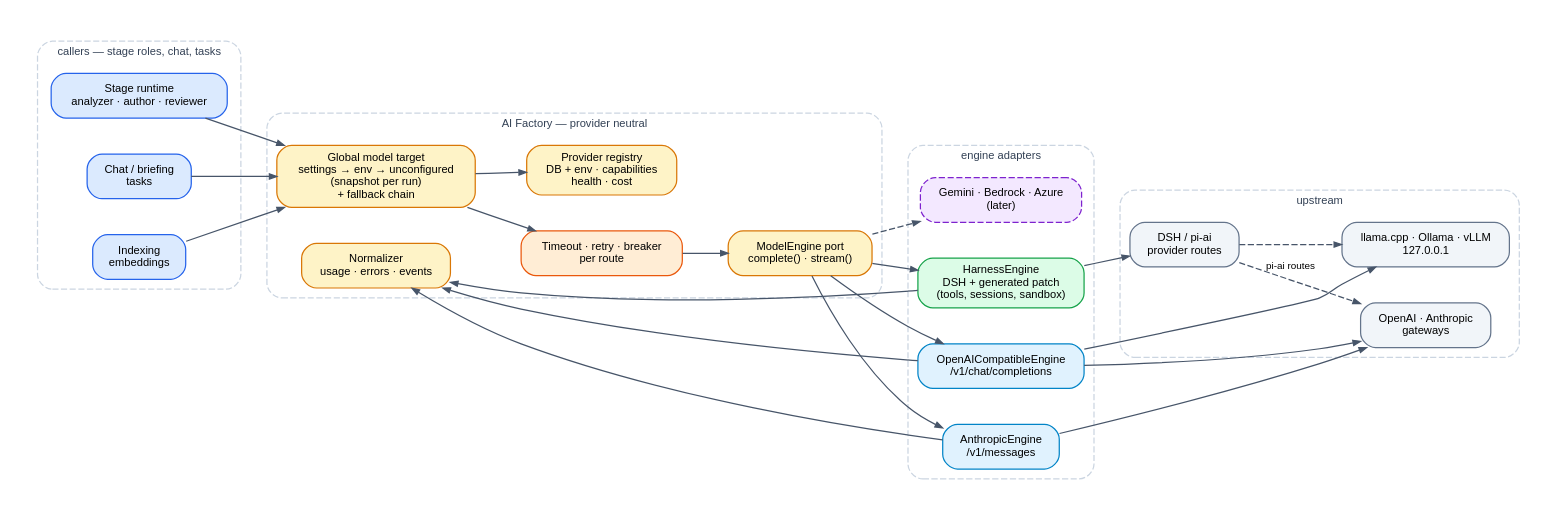
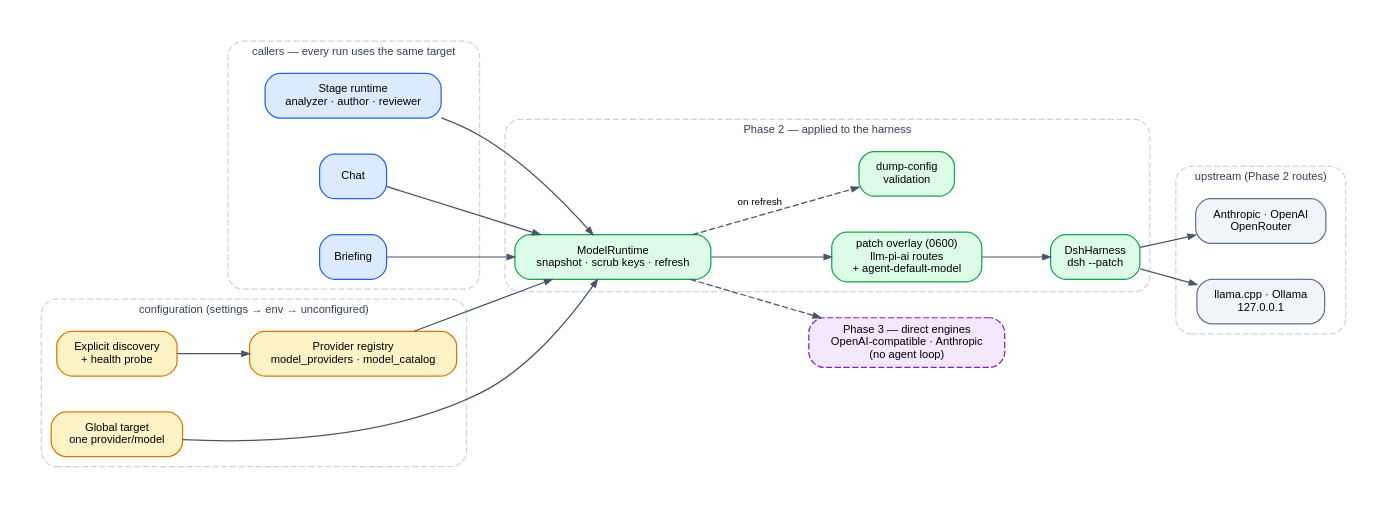
One commit to keensap/AIFactory changed the diagram in docs/design/diagrams/model-providers.dot. Above: the diagram before and after it, drawn with Graphviz. The commit also changed 16 other files, not shown here.

First line of the commit message:
models: Phase 2 — apply the global target to every harness run

```diff
--- a/docs/design/diagrams/model-providers.dot
+++ b/docs/design/diagrams/model-providers.dot
@@ -1,44 +1,42 @@
 digraph providers {
   graph [rankdir=LR, bgcolor="white", fontname="Helvetica", fontsize=10, pad=0.25, nodesep=0.4, ranksep=0.5, compound=true];
   node  [shape=box, style="rounded,filled", fontname="Helvetica", fontsize=9, color="#94a3b8", fillcolor="#f8fafc", margin="0.12,0.07"];
   edge  [fontname="Helvetica", fontsize=8, color="#475569", arrowsize=0.6];
 
   subgraph cluster_callers {
-    label="callers — stage roles, chat, tasks"; fontsize=9; fontcolor="#334155"; color="#cbd5e1"; style="rounded,dashed";
+    label="callers — every run uses the same target"; fontsize=9; fontcolor="#334155"; color="#cbd5e1"; style="rounded,dashed";
     stage [label="Stage runtime\nanalyzer · author · reviewer", fillcolor="#dbeafe", color="#2563eb"];
-    chat [label="Chat / briefing\ntasks", fillcolor="#dbeafe", color="#2563eb"];
-    embed [label="Indexing\nembeddings", fillcolor="#dbeafe", color="#2563eb"];
+    chat [label="Chat", fillcolor="#dbeafe", color="#2563eb"];
+    brief [label="Briefing", fillcolor="#dbeafe", color="#2563eb"];
   }
 
-  subgraph cluster_core {
-    label="AI Factory — provider neutral"; fontsize=9; fontcolor="#334155"; color="#cbd5e1"; style="rounded,dashed";
-    target [label="Global model target\nsettings → env → unconfigured\n(snapshot per run)\n+ fallback chain", fillcolor="#fef3c7", color="#d97706"];
-    registry [label="Provider registry\nDB + env · capabilities\nhealth · cost", fillcolor="#fef3c7", color="#d97706"];
-    port [label="ModelEngine port\ncomplete() · stream()", fillcolor="#fef3c7", color="#d97706"];
-    norm [label="Normalizer\nusage · errors · events", fillcolor="#fef3c7", color="#d97706"];
-    breaker [label="Timeout · retry · breaker\nper route", fillcolor="#ffedd5", color="#ea580c"];
+  subgraph cluster_config {
+    label="configuration (settings → env → unconfigured)"; fontsize=9; fontcolor="#334155"; color="#cbd5e1"; style="rounded,dashed";
+    target [label="Global target\none provider/model", fillcolor="#fef3c7", color="#d97706"];
+    registry [label="Provider registry\nmodel_providers · model_catalog", fillcolor="#fef3c7", color="#d97706"];
+    discover [label="Explicit discovery\n+ health probe", fillcolor="#fef3c7", color="#d97706"];
   }
 
-  subgraph cluster_engines {
-    label="engine adapters"; fontsize=9; fontcolor="#334155"; color="#cbd5e1"; style="rounded,dashed";
-    harness [label="HarnessEngine\nDSH + generated patch\n(tools, sessions, sandbox)", fillcolor="#dcfce7", color="#16a34a"];
-    direct [label="OpenAICompatibleEngine\n/v1/chat/completions", fillcolor="#e0f2fe", color="#0284c7"];
-    anthropic [label="AnthropicEngine\n/v1/messages", fillcolor="#e0f2fe", color="#0284c7"];
-    future [label="Gemini · Bedrock · Azure\n(later)", fillcolor="#f3e8ff", color="#7e22ce", style="rounded,dashed,filled"];
+  subgraph cluster_runtime {
+    label="Phase 2 — applied to the harness"; fontsize=9; fontcolor="#334155"; color="#cbd5e1"; style="rounded,dashed";
+    runtime [label="ModelRuntime\nsnapshot · scrub keys · refresh", fillcolor="#dcfce7", color="#16a34a"];
+    patch [label="patch overlay (0600)\nllm-pi-ai routes\n+ agent-default-model", fillcolor="#dcfce7", color="#16a34a"];
+    harness [label="DshHarness\ndsh --patch", fillcolor="#dcfce7", color="#16a34a"];
+    validate [label="dump-config\nvalidation", fillcolor="#dcfce7", color="#16a34a"];
   }
 
   subgraph cluster_upstream {
-    label="upstream"; fontsize=9; fontcolor="#334155"; color="#cbd5e1"; style="rounded,dashed";
-    dsh [label="DSH / pi-ai\nprovider routes", fillcolor="#f1f5f9", color="#64748b"];
-    cloud [label="OpenAI · Anthropic\ngateways", fillcolor="#f1f5f9", color="#64748b"];
-    local [label="llama.cpp · Ollama · vLLM\n127.0.0.1", fillcolor="#f1f5f9", color="#64748b"];
+    label="upstream (Phase 2 routes)"; fontsize=9; fontcolor="#334155"; color="#cbd5e1"; style="rounded,dashed";
+    cloud [label="Anthropic · OpenAI\nOpenRouter", fillcolor="#f1f5f9", color="#64748b"];
+    local [label="llama.cpp · Ollama\n127.0.0.1", fillcolor="#f1f5f9", color="#64748b"];
   }
 
-  stage -> target; chat -> target; embed -> target;
-  target -> registry; target -> breaker -> port;
-  port -> harness; port -> direct; port -> anthropic; port -> future [style=dashed];
-  harness -> norm; direct -> norm; anthropic -> norm;
-  harness -> dsh; direct -> cloud; direct -> local; anthropic -> cloud;
-  dsh -> cloud [style=dashed, label="pi-ai routes"];
-  dsh -> local [style=dashed];
+  direct [label="Phase 3 — direct engines\nOpenAI-compatible · Anthropic\n(no agent loop)", fillcolor="#f3e8ff", color="#7e22ce", style="rounded,dashed,filled"];
+
+  stage -> runtime; chat -> runtime; brief -> runtime;
+  target -> runtime; registry -> runtime; discover -> registry;
+  runtime -> patch -> harness;
+  runtime -> validate [style=dashed, label="on refresh"];
+  harness -> cloud; harness -> local;
+  runtime -> direct [style=dashed];
 }
```
